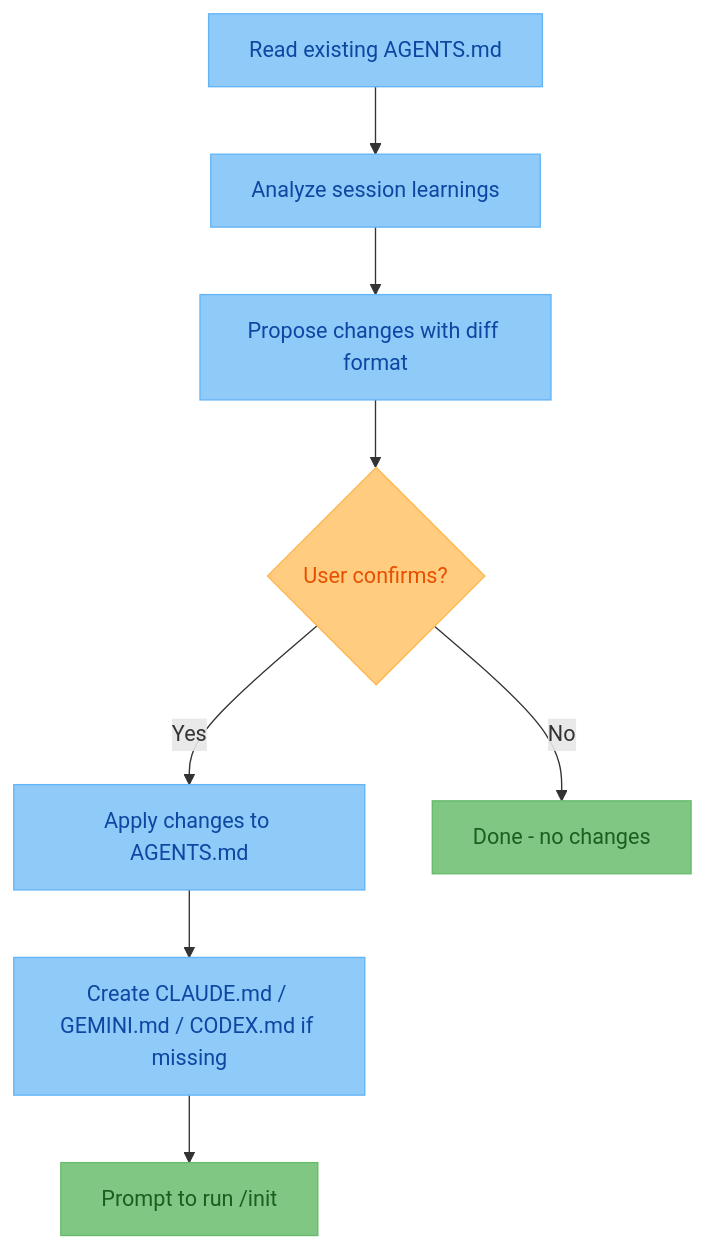
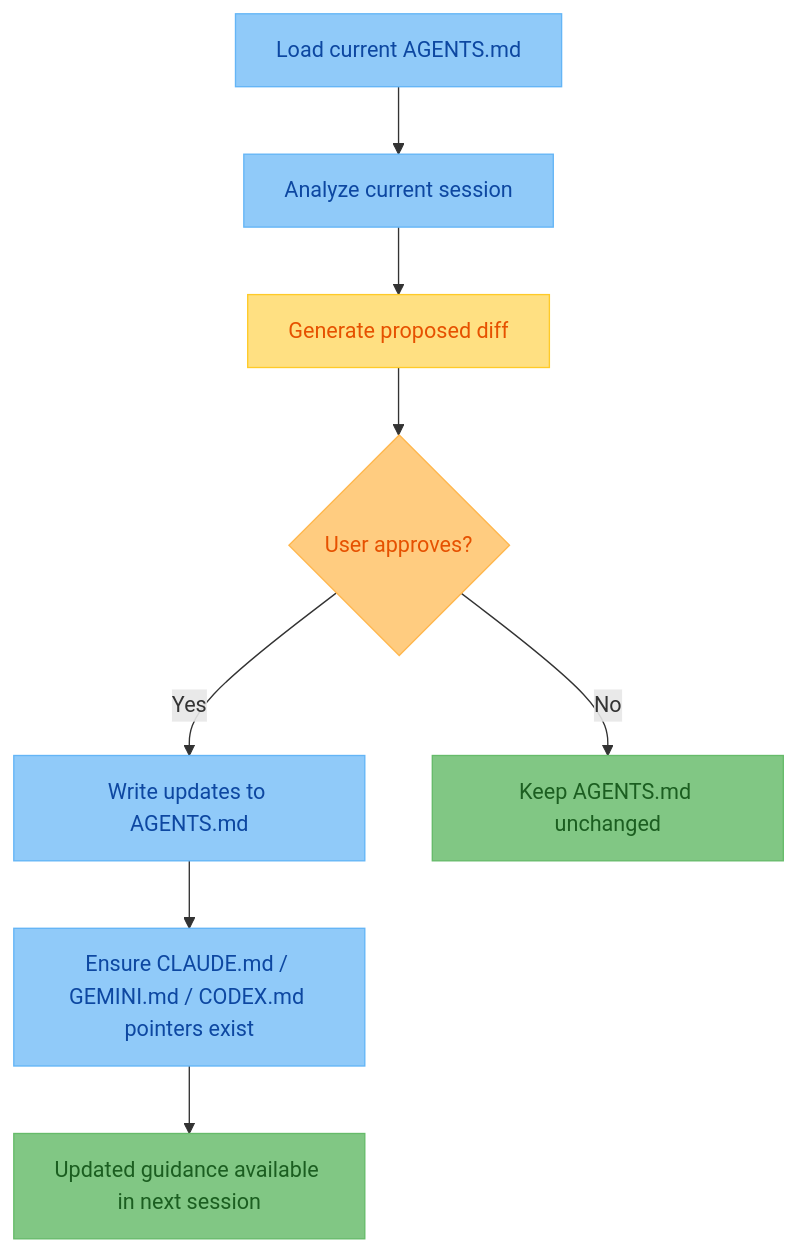
One commit to Olshansk/agent-md changed the second of 2 diagrams in README.md. Above: the diagram before and after it, drawn with Mermaid. The commit also changed other lines of this file, not shown here.

````diff
--- a/README.md
+++ b/README.md
@@ -255,14 +221,15 @@
 ```mermaid
 graph TD
-    A[Read existing AGENTS.md]:::action --> B[Analyze session learnings]:::action
-    B --> C[Propose changes with diff format]:::action
-    C --> D{User confirms?}:::decision
-    D -->|Yes| E[Apply changes to AGENTS.md]:::action
-    D -->|No| F[Done - no changes]:::outcome
-    E --> G[Create CLAUDE.md / GEMINI.md / CODEX.md if missing]:::action
-    G --> H[Prompt to run /init]:::outcome
+    A[Load current AGENTS.md]:::action --> B[Analyze current session]:::action
+    B --> C[Generate proposed diff]:::review
+    C --> D{User approves?}:::decision
+    D -->|Yes| E[Write updates to AGENTS.md]:::action
+    D -->|No| F[Keep AGENTS.md unchanged]:::outcome
+    E --> G[Ensure CLAUDE.md / GEMINI.md / CODEX.md pointers exist]:::action
+    G --> H[Updated guidance available in next session]:::outcome
 
     classDef action fill:#90CAF9,color:#0D47A1,stroke:#64B5F6
+    classDef review fill:#FFE082,color:#E65100,stroke:#FFCA28
     classDef decision fill:#FFCC80,color:#E65100,stroke:#FFB74D
     classDef outcome fill:#81C784,color:#1B5E20,stroke:#66BB6A
 ```
````
